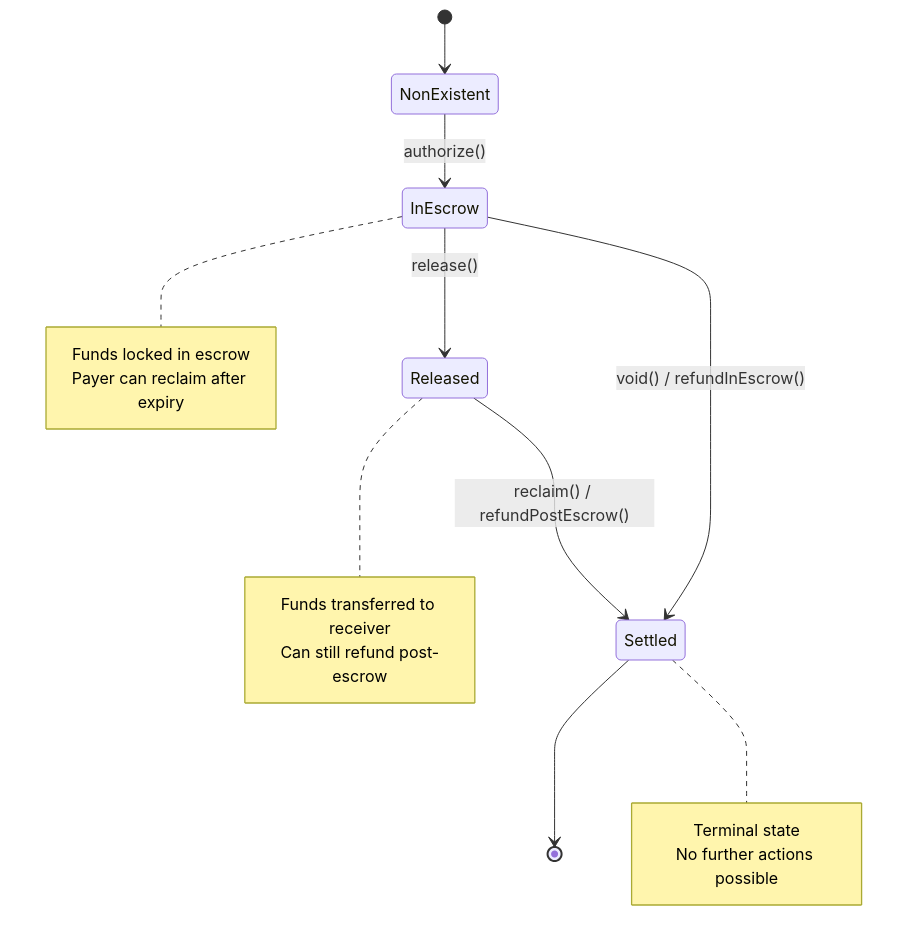
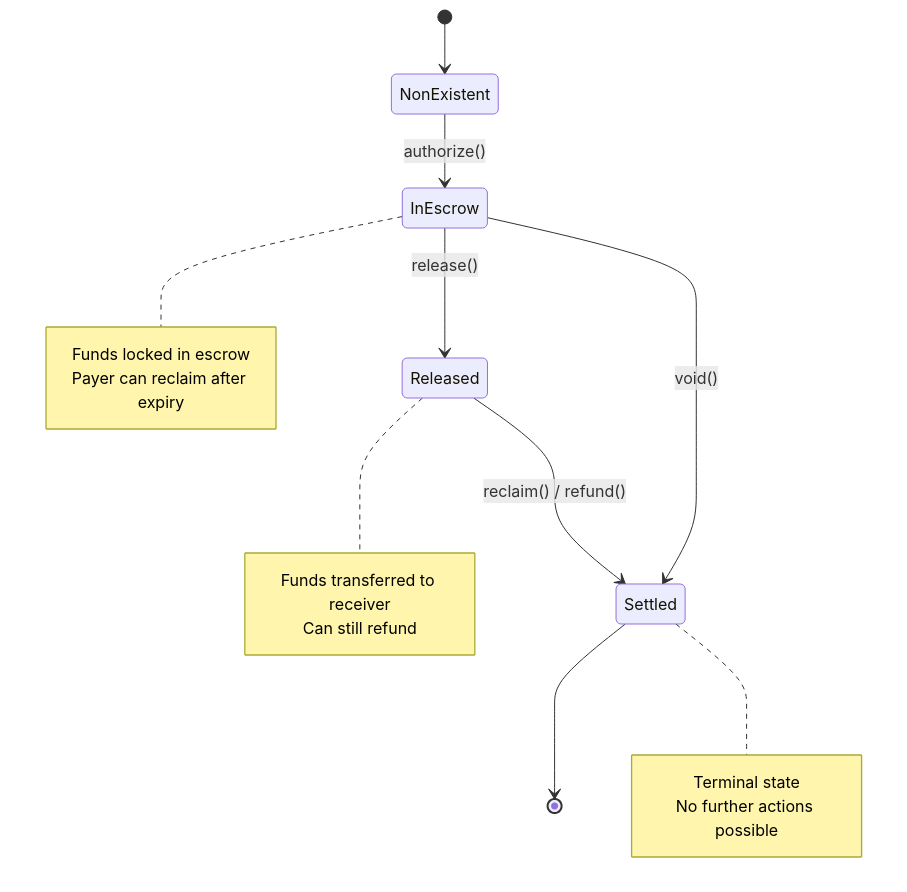
Before and after one commit to BackTrackCo/docs: the diagram in contracts/periphery/auth-capture-escrow.mdx, drawn with Mermaid. The commit also changed 31 other files, not shown here.

````diff
--- a/contracts/periphery/auth-capture-escrow.mdx
+++ b/contracts/periphery/auth-capture-escrow.mdx
@@ -19,24 +19,24 @@
 ```mermaid
 stateDiagram-v2
     [*] --> NonExistent
     NonExistent --> InEscrow: authorize()
     InEscrow --> Released: release()
-    InEscrow --> Settled: void() / refundInEscrow()
-    Released --> Settled: reclaim() / refundPostEscrow()
+    InEscrow --> Settled: void()
+    Released --> Settled: reclaim() / refund()
     Settled --> [*]
 
     note right of InEscrow
         Funds locked in escrow
         Payer can reclaim after expiry
     end note
 
     note right of Released
         Funds transferred to receiver
-        Can still refund post-escrow
+        Can still refund
     end note
 
     note right of Settled
         Terminal state
         No further actions possible
     end note
 ```
````
